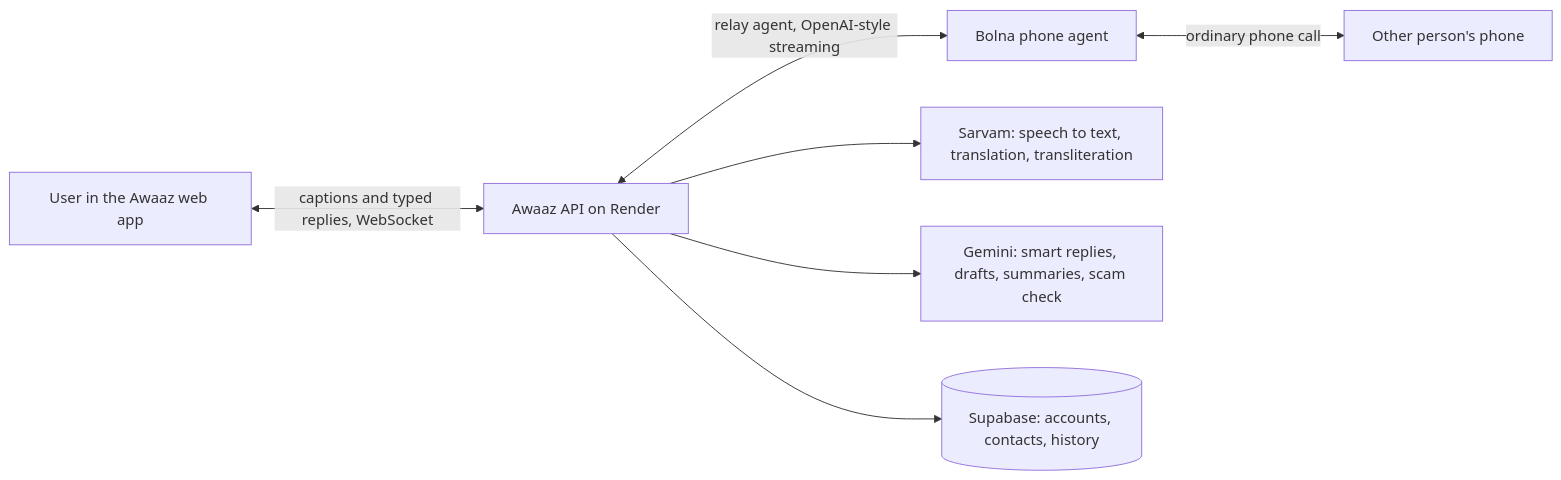
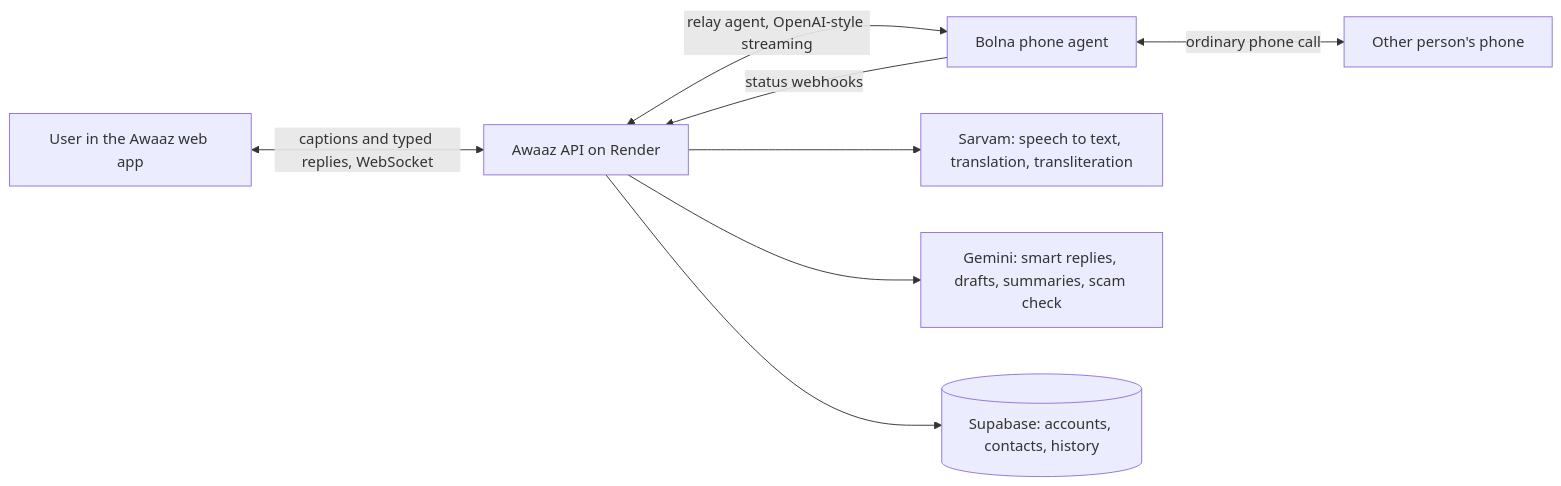
The first of 5 diagrams in README.md (amit429/Awaaz-AI), drawn with Mermaid before and after one commit. The commit also changed other lines of this file and 7 other files, not shown here.

````diff
--- a/README.md
+++ b/README.md
@@ -207,9 +235,10 @@
 ```mermaid
 flowchart LR
   U[User in the Awaaz web app] <-- captions and typed replies, WebSocket --> API[Awaaz API on Render]
   API <-- relay agent, OpenAI-style streaming --> B[Bolna phone agent]
   B <-- ordinary phone call --> P[Other person's phone]
+  B -- status webhooks --> API
   API --> S[Sarvam: speech to text, translation, transliteration]
   API --> G[Gemini: smart replies, drafts, summaries, scam check]
   API --> DB[(Supabase: accounts, contacts, history)]
 ```
````
